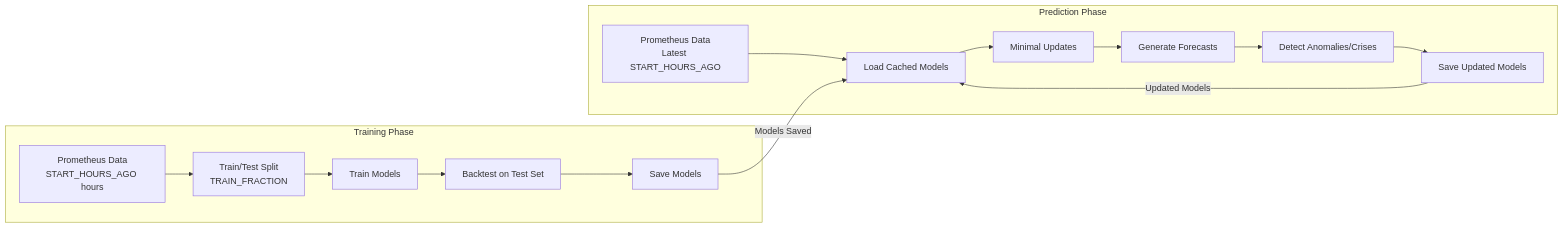
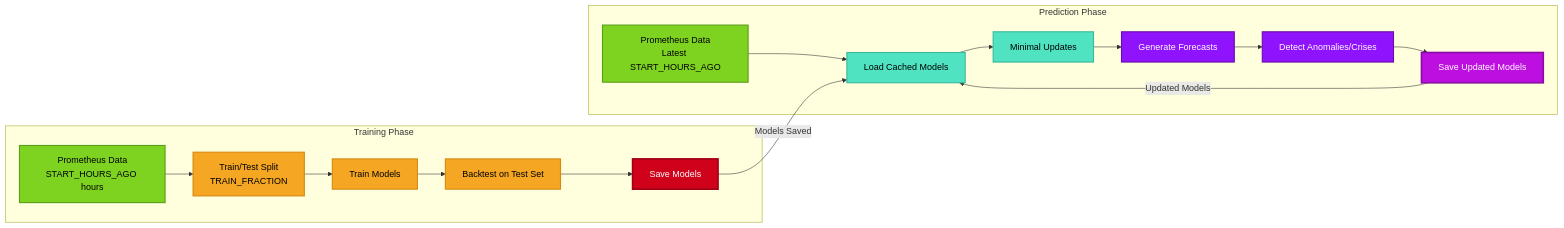
The eighth of 11 diagrams in Docs/VISUAL_ARCHITECTURE_GUIDE.md (k8sautom8/metrics-ml), drawn with Mermaid before and after one commit. The commit also changed other lines of this file, not shown here.

````diff
--- a/Docs/VISUAL_ARCHITECTURE_GUIDE.md
+++ b/Docs/VISUAL_ARCHITECTURE_GUIDE.md
@@ -393,20 +550,35 @@
 ```mermaid
 graph LR
     subgraph "Training Phase"
         T1[Prometheus Data<br/>START_HOURS_AGO hours] --> T2[Train/Test Split<br/>TRAIN_FRACTION]
         T2 --> T3[Train Models]
         T3 --> T4[Backtest on Test Set]
         T4 --> T5[Save Models]
     end
     
     subgraph "Prediction Phase"
         P1[Prometheus Data<br/>Latest START_HOURS_AGO] --> P2[Load Cached Models]
         P2 --> P3[Minimal Updates]
         P3 --> P4[Generate Forecasts]
         P4 --> P5[Detect Anomalies/Crises]
         P5 --> P6[Save Updated Models]
     end
     
     T5 -->|Models Saved| P2
     P6 -->|Updated Models| P2
+    
+    classDef trainingData fill:#7ED321,stroke:#5A9F1A,stroke-width:2px,color:#000
+    classDef trainingProcess fill:#F5A623,stroke:#D68910,stroke-width:2px,color:#000
+    classDef trainingSave fill:#D0021B,stroke:#A00115,stroke-width:3px,color:#fff
+    classDef predictionData fill:#4A90E2,stroke:#2E5C8A,stroke-width:2px,color:#fff
+    classDef predictionProcess fill:#50E3C2,stroke:#3AB89F,stroke-width:2px,color:#000
+    classDef predictionOutput fill:#9013FE,stroke:#6A0DAD,stroke-width:2px,color:#fff
+    classDef predictionSave fill:#BD10E0,stroke:#8B0DA8,stroke-width:3px,color:#fff
+    
+    class T1,P1 trainingData
+    class T2,T3,T4 trainingProcess
+    class T5 trainingSave
+    class P2,P3 predictionProcess
+    class P4,P5 predictionOutput
+    class P6 predictionSave
 ```
````
